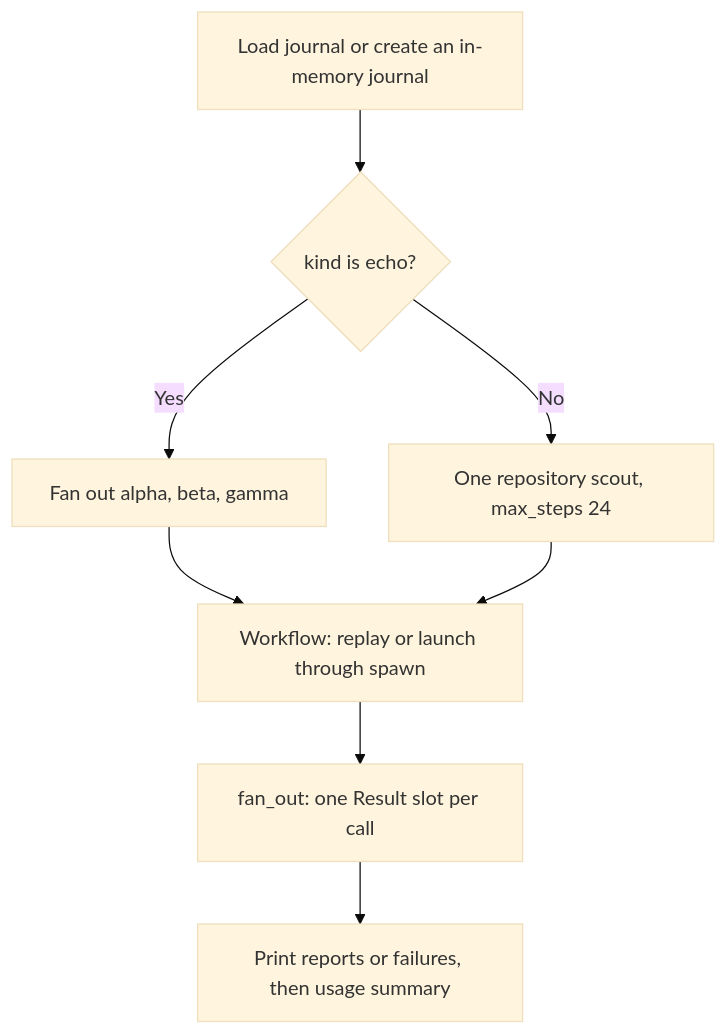
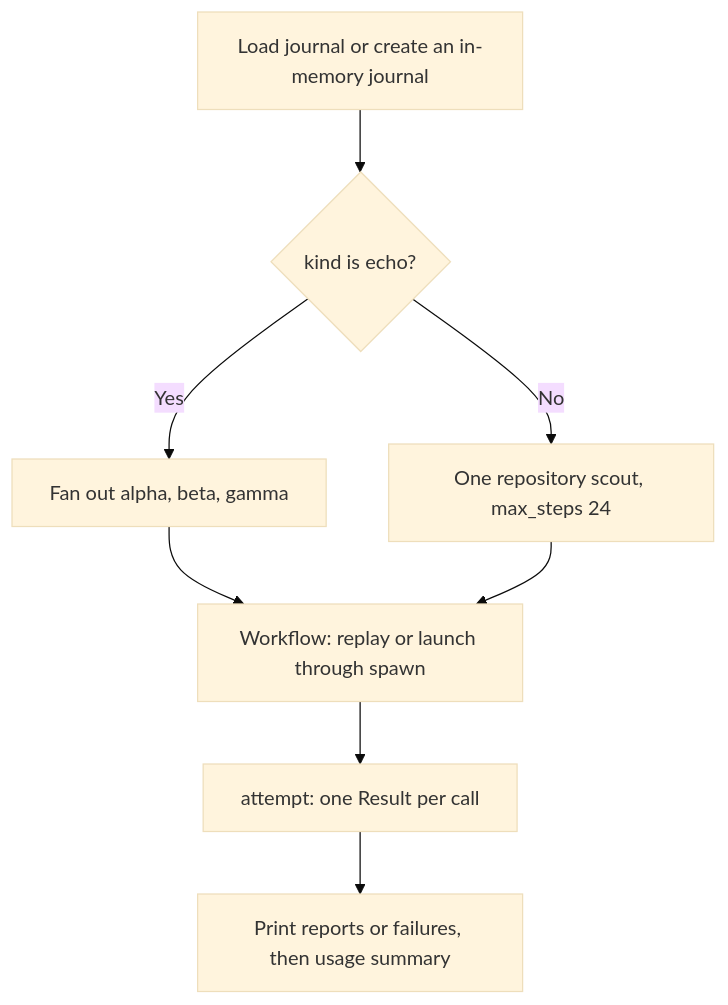
The diagram in examples/scout/README.mbt.md (moonbitlang/workflow), drawn with Mermaid (base theme) before and after one commit. The commit also changed 20 other files, not shown here.

````diff
--- a/examples/scout/README.mbt.md
+++ b/examples/scout/README.mbt.md
@@ -64,10 +64,10 @@
 ```mermaid
 flowchart TD
   Start["Load journal or create an in-memory journal"] --> Kind{"kind is echo?"}
   Kind -->|Yes| Probes["Fan out alpha, beta, gamma"]
   Kind -->|No| Scout["One repository scout, max_steps 24"]
   Probes --> Call["Workflow: replay or launch through spawn"]
   Scout --> Call
-  Call --> Result["fan_out: one Result slot per call"]
+  Call --> Result["attempt: one Result per call"]
   Result --> Print["Print reports or failures, then usage summary"]
 ```
````
